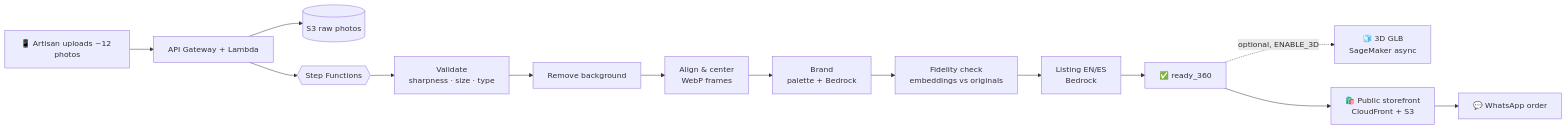
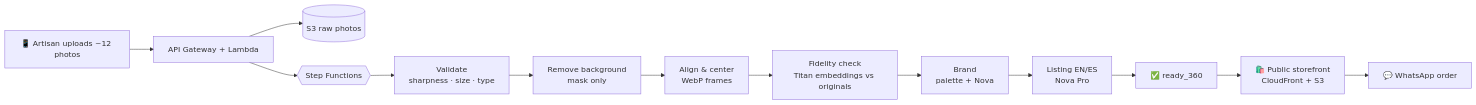
The diagram in README.md (hallzyx/vitrina), drawn with Mermaid before and after one commit. The commit also changed other lines of this file and 7 other files, not shown here.

````diff
--- a/README.md
+++ b/README.md
@@ -42,16 +42,15 @@
 ```mermaid
 flowchart LR
     A[📱 Artisan uploads ~12 photos] --> B[API Gateway + Lambda]
     B --> C[(S3 raw photos)]
     B --> D{{Step Functions}}
     D --> E[Validate<br/>sharpness · size · type]
-    E --> F[Remove background]
+    E --> F[Remove background<br/>mask only]
     F --> G[Align & center<br/>WebP frames]
-    G --> H[Brand<br/>palette + Bedrock]
-    H --> I[Fidelity check<br/>embeddings vs originals]
-    I --> J[Listing EN/ES<br/>Bedrock]
+    G --> I[Fidelity check<br/>Titan embeddings vs originals]
+    I --> H[Brand<br/>palette + Nova]
+    H --> J[Listing EN/ES<br/>Nova Pro]
     J --> K[✅ ready_360]
-    K -.optional, ENABLE_3D.-> L[🧊 3D GLB<br/>SageMaker async]
     K --> M[🛍️ Public storefront<br/>CloudFront + S3]
     M --> N[💬 WhatsApp order]
 ```
````
